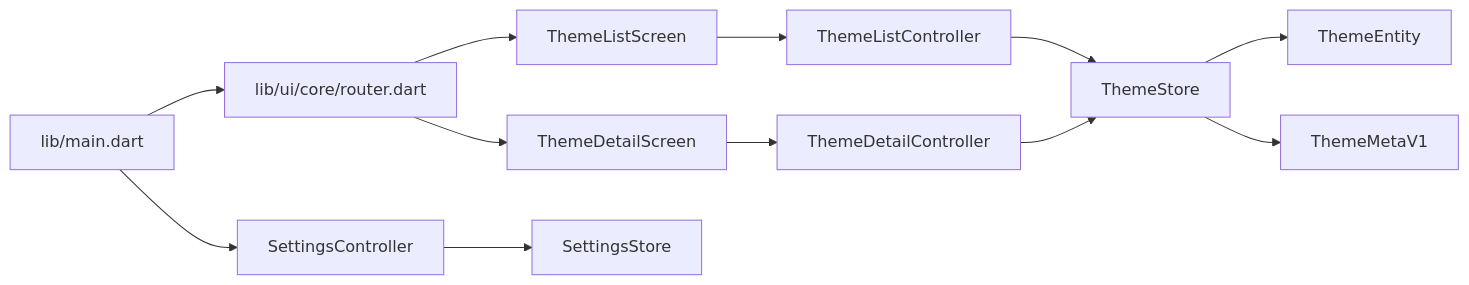
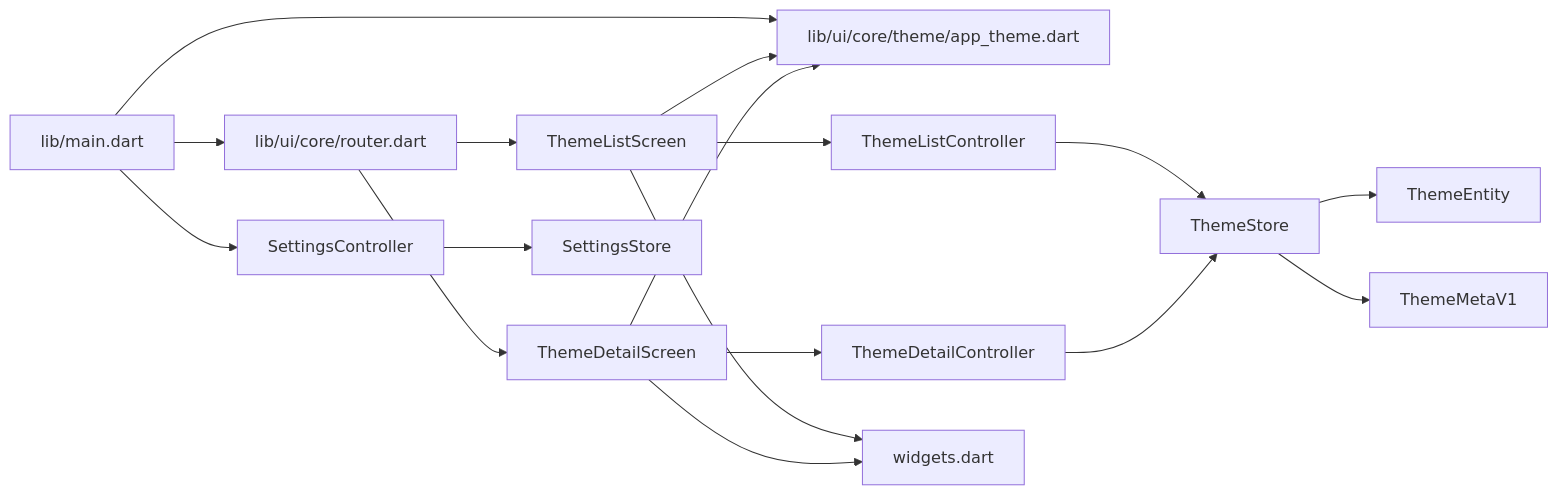
The fifth of 5 diagrams in .qoder/repowiki/zh/content/架构设计/UI 组件架构/主题系统.md (Ykworm/thktree), drawn with Mermaid before and after one commit. The commit also changed other lines of this file and 45 other files, not shown here.

````diff
--- a/.qoder/repowiki/zh/content/架构设计/UI 组件架构/主题系统.md
+++ b/.qoder/repowiki/zh/content/架构设计/UI 组件架构/主题系统.md
@@ -290,14 +368,19 @@
 ```mermaid
 graph LR
 MAIN["lib/main.dart"] --> ROUTER["lib/ui/core/router.dart"]
+MAIN --> APP_THEME["lib/ui/core/theme/app_theme.dart"]
 ROUTER --> LIST_SCREEN["ThemeListScreen"]
 ROUTER --> DETAIL_SCREEN["ThemeDetailScreen"]
 LIST_SCREEN --> LIST_CTRL["ThemeListController"]
 DETAIL_SCREEN --> DETAIL_CTRL["ThemeDetailController"]
+LIST_SCREEN --> APP_THEME
+DETAIL_SCREEN --> APP_THEME
+LIST_SCREEN --> WIDGETS["widgets.dart"]
+DETAIL_SCREEN --> WIDGETS
 LIST_CTRL --> THEME_STORE["ThemeStore"]
 DETAIL_CTRL --> THEME_STORE
 THEME_STORE --> THEME_MODEL["ThemeEntity"]
 THEME_STORE --> THEME_META["ThemeMetaV1"]
 MAIN --> SETTINGS_CTRL["SettingsController"]
 SETTINGS_CTRL --> SETTINGS_STORE["SettingsStore"]
 ```
````
